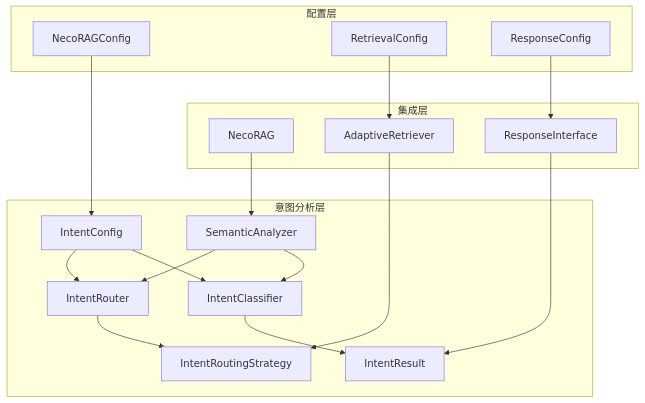
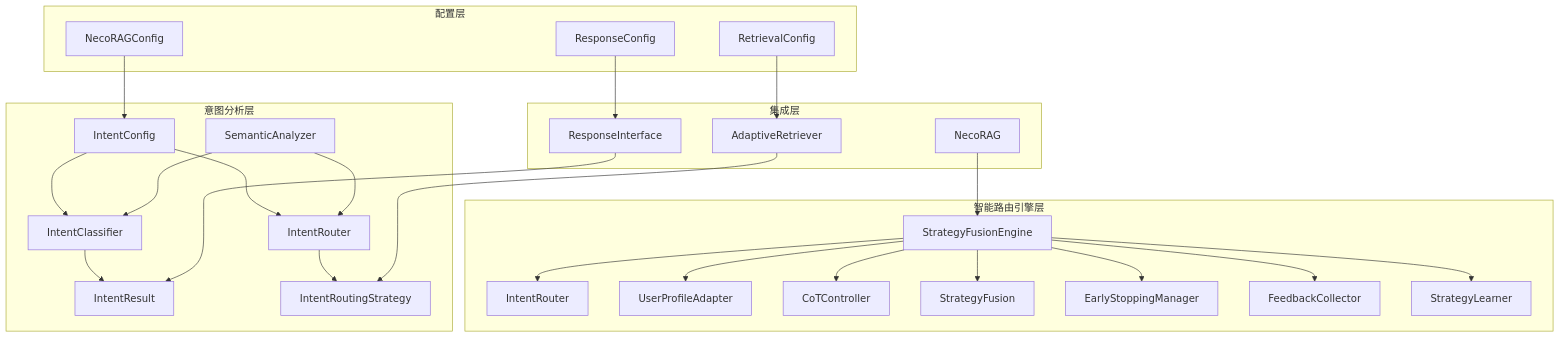
One commit to JieGaoPrinceton/NecoRAG changed the tenth of 12 diagrams in .qoder/repowiki/zh/content/意图分析系统.md. Above: the diagram before and after it, drawn with Mermaid. The commit also changed other lines of this file and 82 other files, not shown here.

````diff
--- a/.qoder/repowiki/zh/content/意图分析系统.md
+++ b/.qoder/repowiki/zh/content/意图分析系统.md
@@ -297,21 +420,30 @@
 ```mermaid
 graph TB
 subgraph "意图分析层"
 A[IntentConfig] --> B[IntentClassifier]
 A --> C[IntentRouter]
 B --> D[IntentResult]
 C --> E[IntentRoutingStrategy]
 F[SemanticAnalyzer] --> B
 F --> C
 end
+subgraph "智能路由引擎层"
+G[StrategyFusionEngine] --> H[IntentRouter]
+G --> I[UserProfileAdapter]
+G --> J[CoTController]
+G --> K[StrategyFusion]
+G --> L[EarlyStoppingManager]
+G --> M[FeedbackCollector]
+G --> N[StrategyLearner]
+end
 subgraph "集成层"
-G[NecoRAG] --> F
-H[AdaptiveRetriever] --> E
-I[ResponseInterface] --> D
+O[NecoRAG] --> G
+P[AdaptiveRetriever] --> E
+Q[ResponseInterface] --> D
 end
 subgraph "配置层"
-J[NecoRAGConfig] --> A
-K[RetrievalConfig] --> H
-L[ResponseConfig] --> I
+R[NecoRAGConfig] --> A
+S[RetrievalConfig] --> P
+T[ResponseConfig] --> Q
 end
 ```
````
